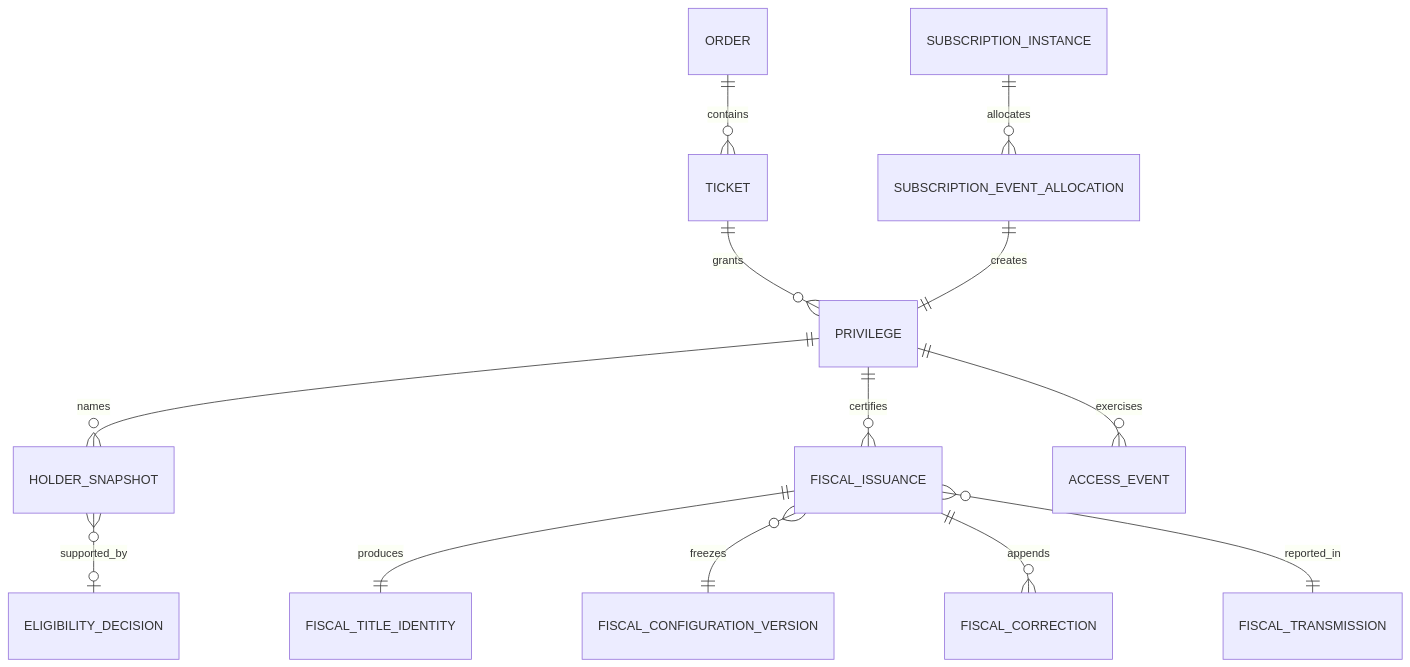
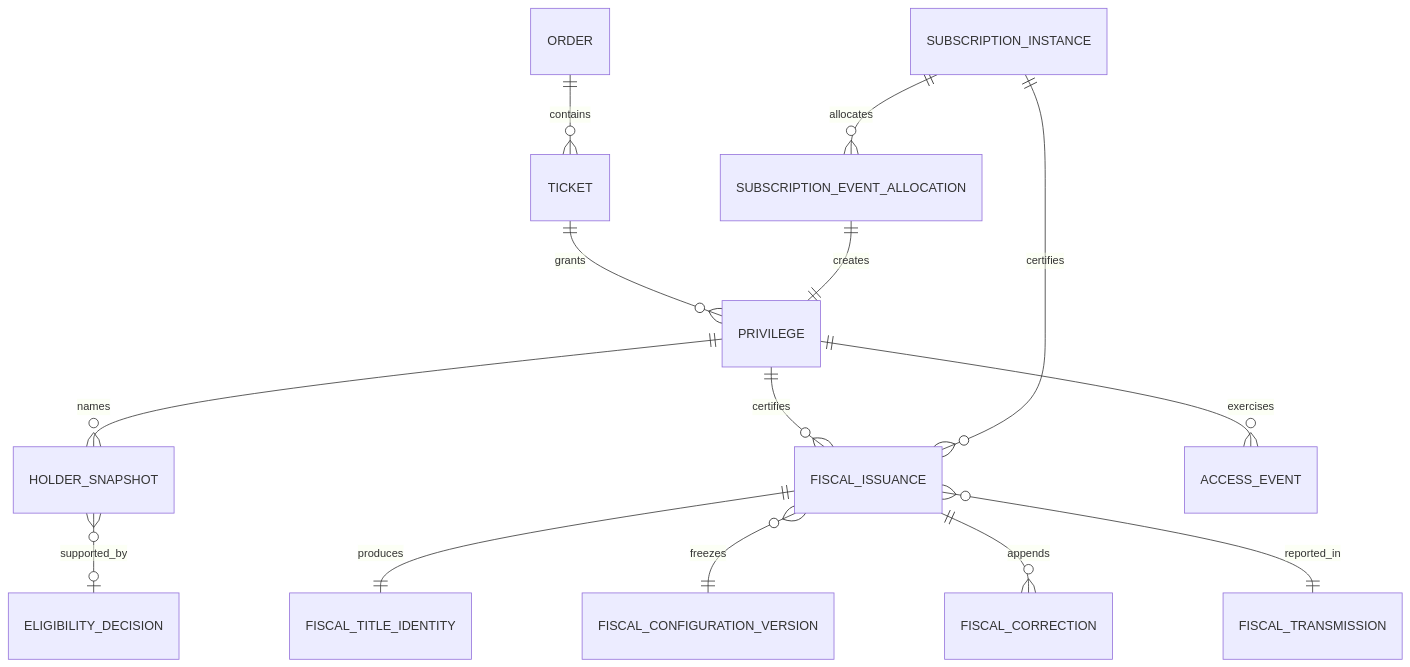
Before and after one commit to SENT-Ticketing/como-entrails-migration-guide: the fourth of 5 diagrams in research-blueprint.md, drawn with Mermaid. The commit also changed other lines of this file and 3 other files, not shown here.

````diff
--- a/research-blueprint.md
+++ b/research-blueprint.md
@@ -214,15 +400,16 @@
 ```mermaid
 erDiagram
   ORDER ||--o{ TICKET : contains
   TICKET ||--o{ PRIVILEGE : grants
   PRIVILEGE ||--o{ HOLDER_SNAPSHOT : names
   PRIVILEGE ||--o{ FISCAL_ISSUANCE : certifies
+  SUBSCRIPTION_INSTANCE ||--o{ FISCAL_ISSUANCE : certifies
   FISCAL_ISSUANCE ||--|| FISCAL_TITLE_IDENTITY : produces
   FISCAL_ISSUANCE }o--|| FISCAL_CONFIGURATION_VERSION : freezes
   FISCAL_ISSUANCE ||--o{ FISCAL_CORRECTION : appends
   FISCAL_ISSUANCE }o--|| FISCAL_TRANSMISSION : reported_in
   PRIVILEGE ||--o{ ACCESS_EVENT : exercises
   SUBSCRIPTION_INSTANCE ||--o{ SUBSCRIPTION_EVENT_ALLOCATION : allocates
   SUBSCRIPTION_EVENT_ALLOCATION ||--|| PRIVILEGE : creates
   HOLDER_SNAPSHOT }o--o| ELIGIBILITY_DECISION : supported_by
 ```
````
